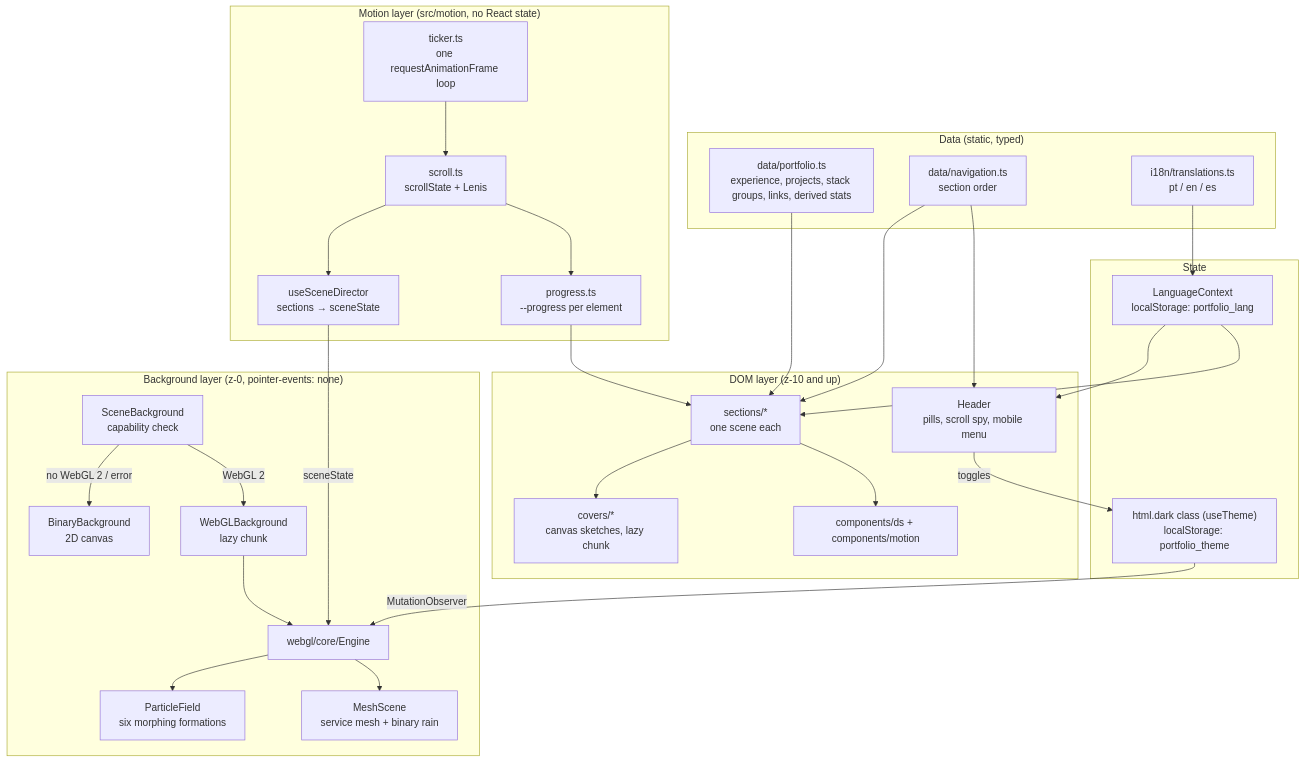
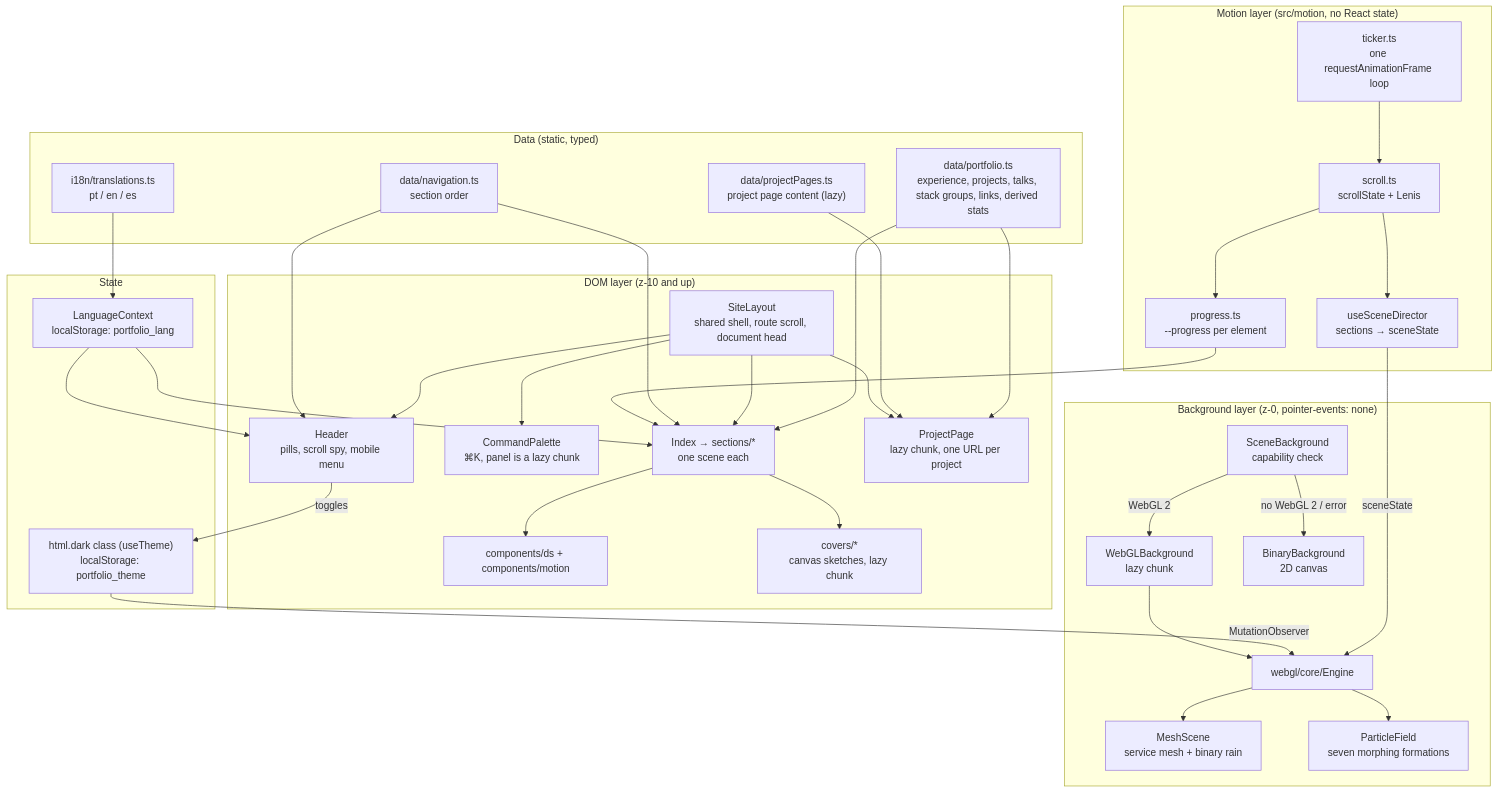
The first of 2 diagrams in docs/ARCHITECTURE.md (mateusememe/whoami), drawn with Mermaid before and after one commit. The commit also changed other lines of this file and 4 other files, not shown here.

First line of the commit message:
📝 docs: document project pages, talks, the palette and the audits

````diff
--- a/docs/ARCHITECTURE.md
+++ b/docs/ARCHITECTURE.md
@@ -7,53 +7,63 @@
 ```mermaid
 flowchart TB
   subgraph Data["Data (static, typed)"]
-    portfolio["data/portfolio.ts<br/>experience, projects, stack groups, links, derived stats"]
+    portfolio["data/portfolio.ts<br/>experience, projects, talks, stack groups, links, derived stats"]
+    pages["data/projectPages.ts<br/>project page content (lazy)"]
     nav["data/navigation.ts<br/>section order"]
     i18n["i18n/translations.ts<br/>pt / en / es"]
   end
 
   subgraph State["State"]
     lang["LanguageContext<br/>localStorage: portfolio_lang"]
     theme["html.dark class (useTheme)<br/>localStorage: portfolio_theme"]
   end
 
   subgraph Motion["Motion layer (src/motion, no React state)"]
     ticker["ticker.ts<br/>one requestAnimationFrame loop"]
     scroll["scroll.ts<br/>scrollState + Lenis"]
     progress["progress.ts<br/>--progress per element"]
     director["useSceneDirector<br/>sections → sceneState"]
   end
 
   subgraph UI["DOM layer (z-10 and up)"]
+    layout["SiteLayout<br/>shared shell, route scroll, document head"]
     header["Header<br/>pills, scroll spy, mobile menu"]
-    sections["sections/*<br/>one scene each"]
+    palette["CommandPalette<br/>⌘K, panel is a lazy chunk"]
+    sections["Index → sections/*<br/>one scene each"]
+    project["ProjectPage<br/>lazy chunk, one URL per project"]
     ds["components/ds + components/motion"]
     covers["covers/*<br/>canvas sketches, lazy chunk"]
   end
 
   subgraph BG["Background layer (z-0, pointer-events: none)"]
     selector["SceneBackground<br/>capability check"]
     webgl["WebGLBackground<br/>lazy chunk"]
     engine["webgl/core/Engine"]
     mesh["MeshScene<br/>service mesh + binary rain"]
-    field["ParticleField<br/>six morphing formations"]
+    field["ParticleField<br/>seven morphing formations"]
     fallback["BinaryBackground<br/>2D canvas"]
   end
 
   portfolio --> sections
+  portfolio --> project
+  pages --> project
+  layout --> header
+  layout --> palette
+  layout --> sections
+  layout --> project
   nav --> header
   nav --> sections
   i18n --> lang --> sections
   lang --> header
   sections --> ds
   sections --> covers
   ticker --> scroll --> progress --> sections
   scroll --> director
   director -- sceneState --> engine
   header -- toggles --> theme
   theme -- MutationObserver --> engine
   selector -- WebGL 2 --> webgl --> engine
   engine --> mesh
   engine --> field
   selector -- no WebGL 2 / error --> fallback
 ```
````
